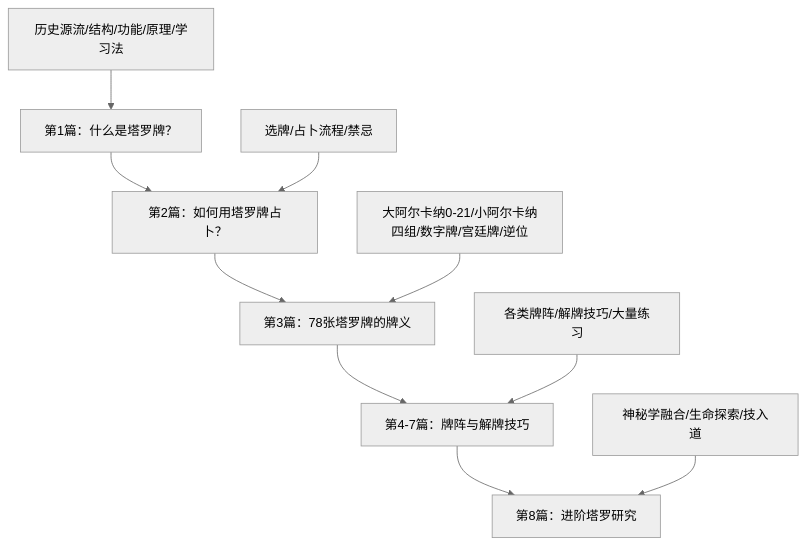
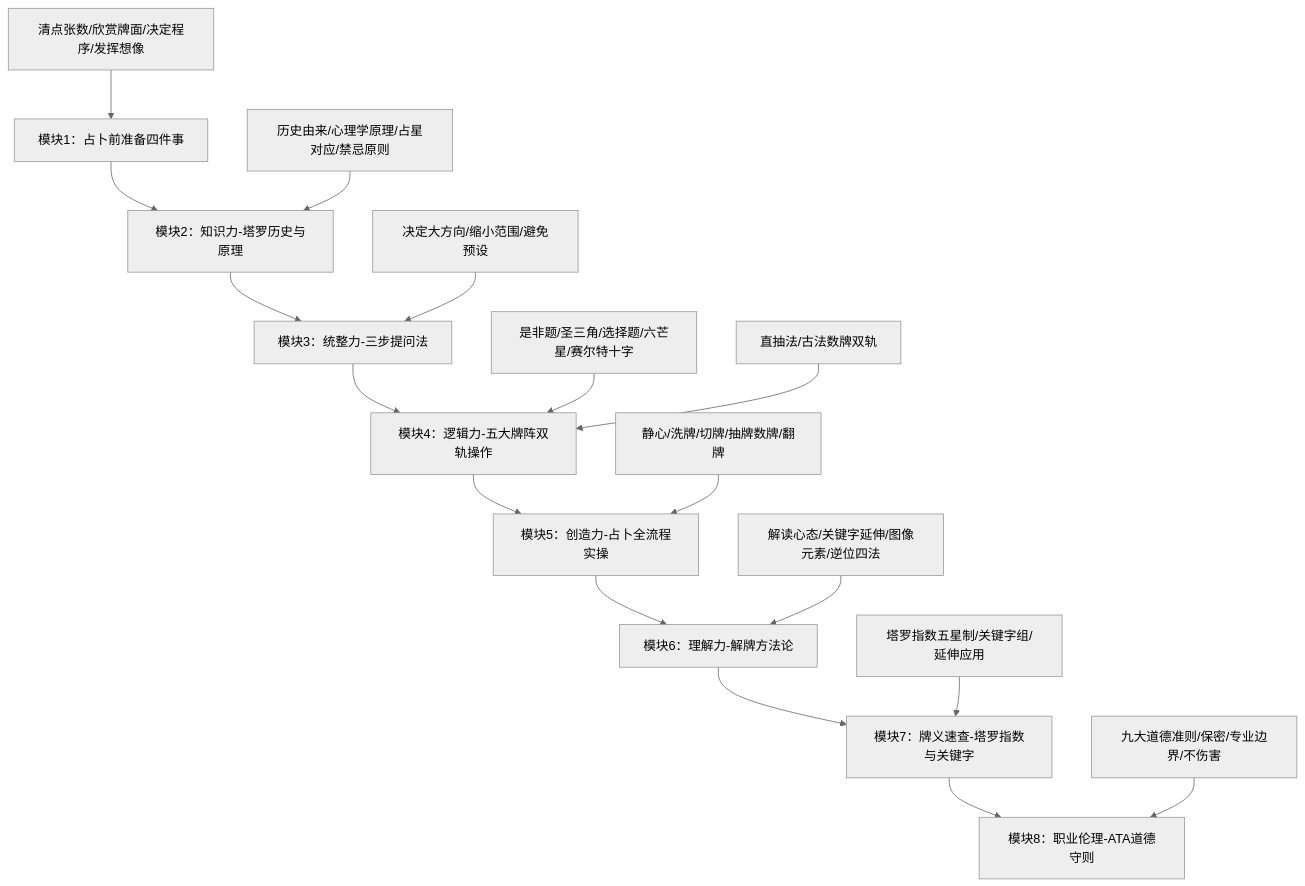
The first of 3 diagrams in pages/illustrated-first-tarot-reading-guide.md (OpenDocCN1/mystery-llm-wiki), drawn with Mermaid (neutral theme) before and after one commit. The commit also changed other lines of this file, not shown here.

````diff
--- a/pages/illustrated-first-tarot-reading-guide.md
+++ b/pages/illustrated-first-tarot-reading-guide.md
@@ -43,13 +46,20 @@
 ```mermaid
 graph TD
-    A[第1篇：什么是塔罗牌？] --> B[第2篇：如何用塔罗牌占卜？]
-    B --> C[第3篇：78张塔罗牌的牌义]
-    C --> D[第4-7篇：牌阵与解牌技巧]
-    D --> E[第8篇：进阶塔罗研究]
+    A[模块1：占卜前准备四件事] --> B[模块2：知识力-塔罗历史与原理]
+    B --> C[模块3：统整力-三步提问法]
+    C --> D[模块4：逻辑力-五大牌阵双轨操作]
+    D --> E[模块5：创造力-占卜全流程实操]
+    E --> F[模块6：理解力-解牌方法论]
+    F --> G[模块7：牌义速查-塔罗指数与关键字]
+    G --> H[模块8：职业伦理-ATA道德守则]
     
-    A1[历史源流/结构/功能/原理/学习法] --> A
-    B1[选牌/占卜流程/禁忌] --> B
-    C1[大阿尔卡纳0-21/小阿尔卡纳四组/数字牌/宫廷牌/逆位] --> C
-    D1[各类牌阵/解牌技巧/大量练习] --> D
-    E1[神秘学融合/生命探索/技入道] --> E
+    A1[清点张数/欣赏牌面/决定程序/发挥想像] --> A
+    B1[历史由来/心理学原理/占星对应/禁忌原则] --> B
+    C1[决定大方向/缩小范围/避免预设] --> C
+    D1[是非题/圣三角/选择题/六芒星/赛尔特十字] --> D
+    D2[直抽法/古法数牌双轨] --> D
+    E1[静心/洗牌/切牌/抽牌数牌/翻牌] --> E
+    F1[解读心态/关键字延伸/图像元素/逆位四法] --> F
+    G1[塔罗指数五星制/关键字组/延伸应用] --> G
+    H1[九大道德准则/保密/专业边界/不伤害] --> H
 ```
````
